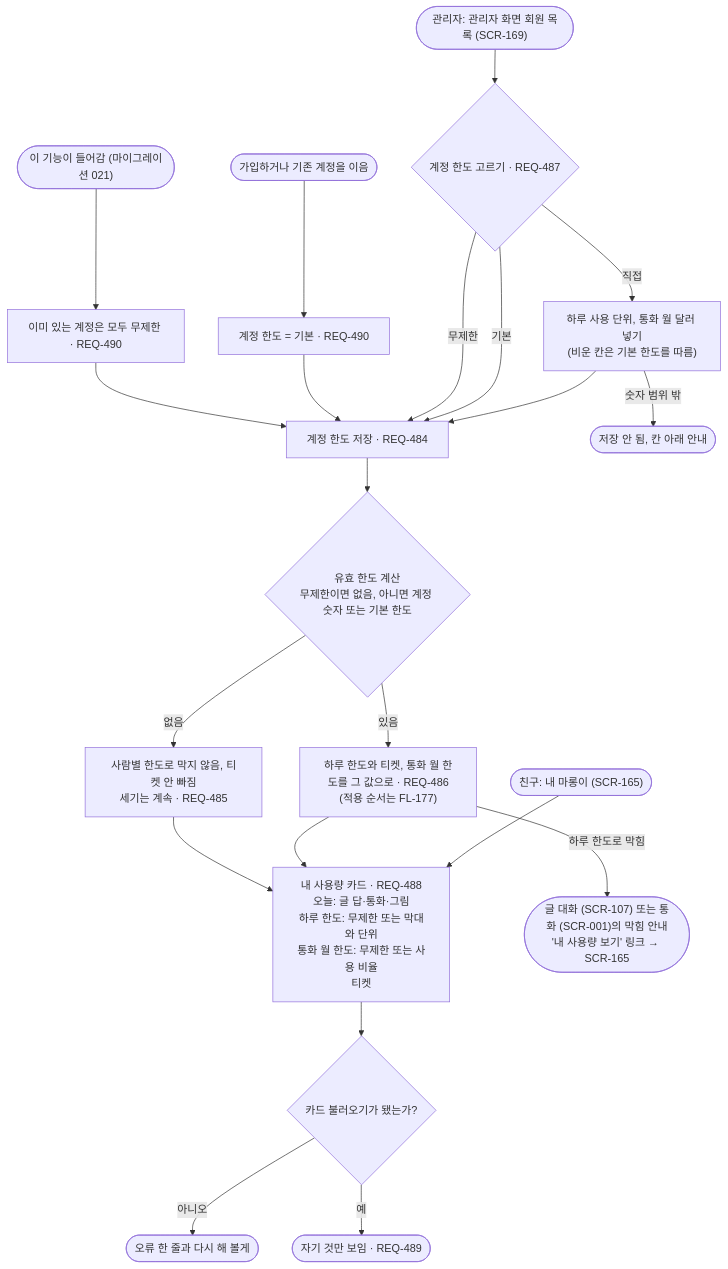
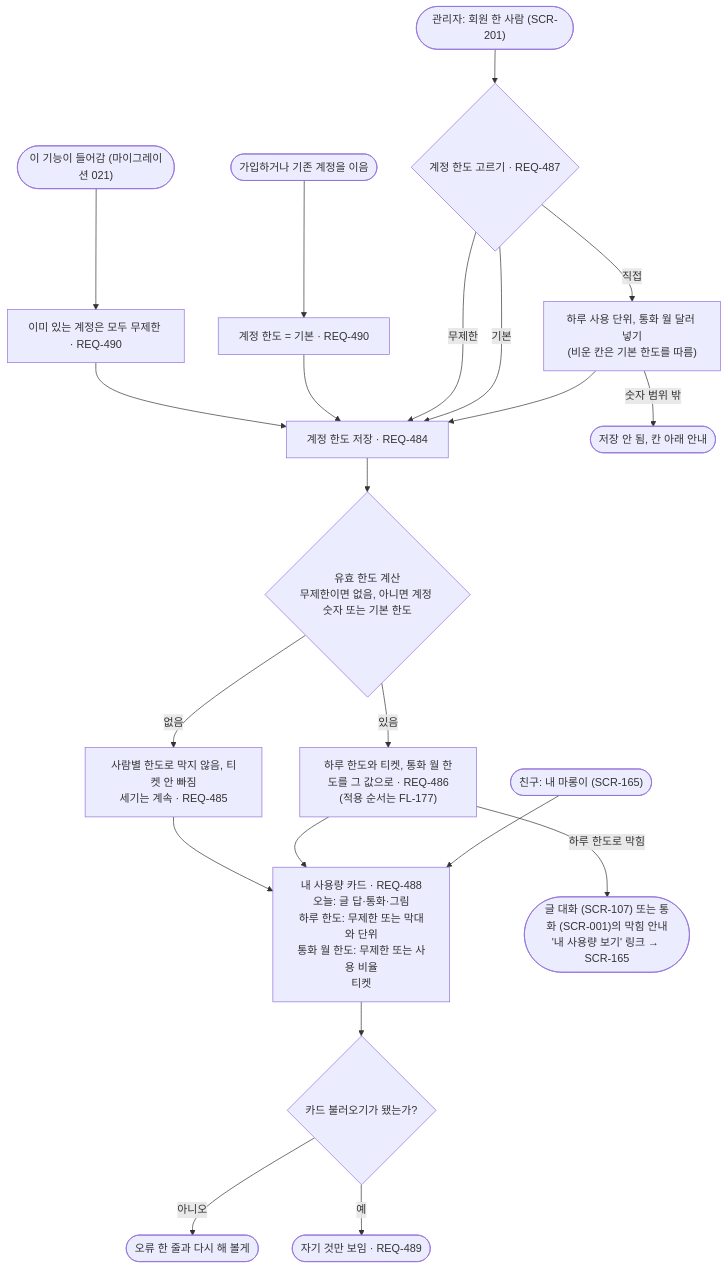
Before and after one commit to kodonghui/marong2: the diagram in docs/03-user-flow/FL-179-usage-limit.md, drawn with Mermaid. The commit also changed other lines of this file and 29 other files, not shown here.

````diff
--- a/docs/03-user-flow/FL-179-usage-limit.md
+++ b/docs/03-user-flow/FL-179-usage-limit.md
@@ -7,23 +7,23 @@
 ```mermaid
 flowchart TD
   M(["이 기능이 들어감 (마이그레이션 021)"]) --> M1["이미 있는 계정은 모두 무제한 · REQ-490"]
   J(["가입하거나 기존 계정을 이음"]) --> J1["계정 한도 = 기본 · REQ-490"]
   M1 --> S
   J1 --> S
-  A(["관리자: 관리자 화면 회원 목록 (SCR-169)"]) --> A1{"계정 한도 고르기 · REQ-487"}
+  A(["관리자: 회원 한 사람 (SCR-201)"]) --> A1{"계정 한도 고르기 · REQ-487"}
   A1 -->|"무제한"| S
   A1 -->|"기본"| S
   A1 -->|"직접"| A2["하루 사용 단위, 통화 월 달러 넣기<br/>(비운 칸은 기본 한도를 따름)"]
   A2 -->|"숫자 범위 밖"| A3(["저장 안 됨, 칸 아래 안내"])
   A2 --> S
   S["계정 한도 저장 · REQ-484"] --> E{"유효 한도 계산<br/>무제한이면 없음, 아니면 계정 숫자 또는 기본 한도"}
   E -->|"없음"| N["사람별 한도로 막지 않음, 티켓 안 빠짐<br/>세기는 계속 · REQ-485"]
   E -->|"있음"| L["하루 한도와 티켓, 통화 월 한도를 그 값으로 · REQ-486<br/>(적용 순서는 FL-177)"]
   N --> V
   L --> V
   F(["친구: 내 마롱이 (SCR-165)"]) --> V["내 사용량 카드 · REQ-488<br/>오늘: 글 답·통화·그림<br/>하루 한도: 무제한 또는 막대와 단위<br/>통화 월 한도: 무제한 또는 사용 비율<br/>티켓"]
   V --> X{"카드 불러오기가 됐는가?"}
   X -->|"아니오"| X1(["오류 한 줄과 다시 해 볼게"])
   X -->|"예"| X2(["자기 것만 보임 · REQ-489"])
   L -->|"하루 한도로 막힘"| B(["글 대화 (SCR-107) 또는 통화 (SCR-001)의 막힘 안내<br/>'내 사용량 보기' 링크 → SCR-165"])
 ```
````
